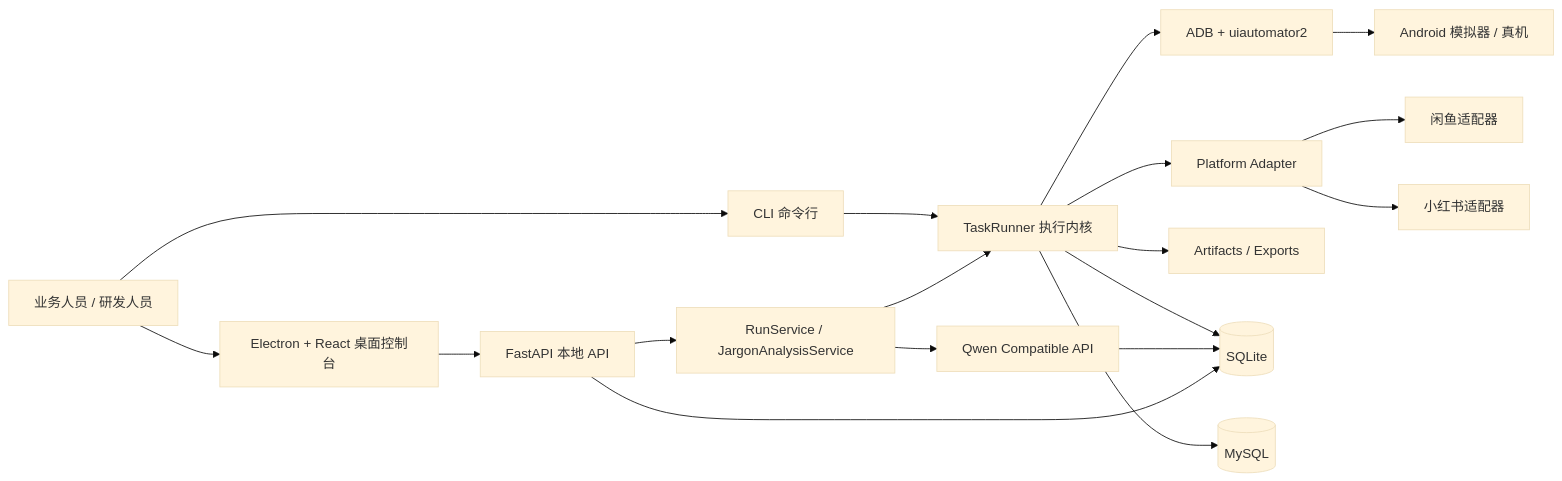
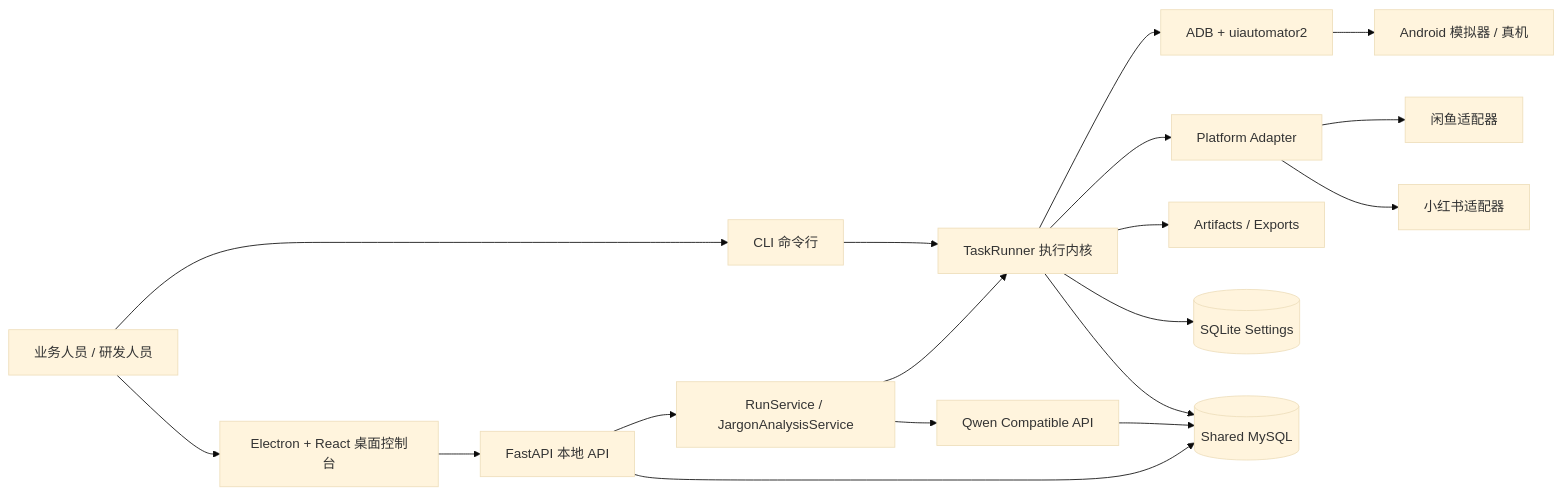
One commit to WuheSAkura/android-spider changed the first of 2 diagrams in README.md. Above: the diagram before and after it, drawn with Mermaid (base theme). The commit also changed other lines of this file and 12 other files, not shown here.

````diff
--- a/README.md
+++ b/README.md
@@ -107,25 +107,25 @@
 ```mermaid
 flowchart LR
     U[业务人员 / 研发人员] --> D[Electron + React 桌面控制台]
     U --> C[CLI 命令行]
 
     D --> API[FastAPI 本地 API]
     C --> CORE[TaskRunner 执行内核]
     API --> RUN[RunService / JargonAnalysisService]
     RUN --> CORE
 
     CORE --> ADB[ADB + uiautomator2]
     ADB --> DEV[Android 模拟器 / 真机]
 
     CORE --> ADAPTER[Platform Adapter]
     ADAPTER --> XY[闲鱼适配器]
     ADAPTER --> XHS[小红书适配器]
 
     CORE --> ART[Artifacts / Exports]
-    CORE --> SQLITE[(SQLite)]
-    CORE --> MYSQL[(MySQL)]
+    CORE --> SQLITE[(SQLite Settings)]
+    CORE --> MYSQL[(Shared MySQL)]
 
     RUN --> AI[Qwen Compatible API]
-    AI --> SQLITE
-    API --> SQLITE
+    AI --> MYSQL
+    API --> MYSQL
 ```
````
